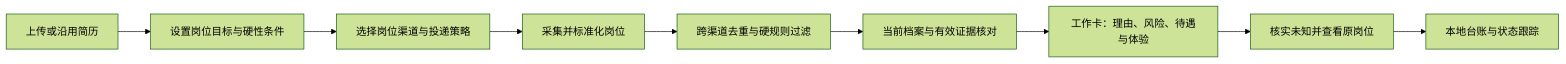
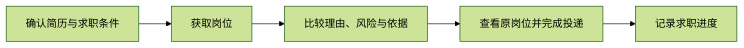
One commit to dailaor/job-agent changed the first of 2 diagrams in README.md. Above: the diagram before and after it, drawn with Mermaid (forest theme). The commit also changed other lines of this file, not shown here.

````diff
--- a/README.md
+++ b/README.md
@@ -73,11 +87,7 @@
 ```mermaid
 flowchart LR
-    A["上传或沿用简历"] --> B["设置岗位目标与硬性条件"]
-    B --> C["选择岗位渠道与投递策略"]
-    C --> D["采集并标准化岗位"]
-    D --> E["跨渠道去重与硬规则过滤"]
-    E --> F["当前档案与有效证据核对"]
-    F --> G["工作卡：理由、风险、待遇与体验"]
-    G --> H["核实未知并查看原岗位"]
-    H --> I["本地台账与状态跟踪"]
+    A["确认简历与求职条件"] --> B["获取岗位"]
+    B --> C["比较理由、风险与依据"]
+    C --> D["查看原岗位并完成投递"]
+    D --> E["记录求职进度"]
 ```
````
